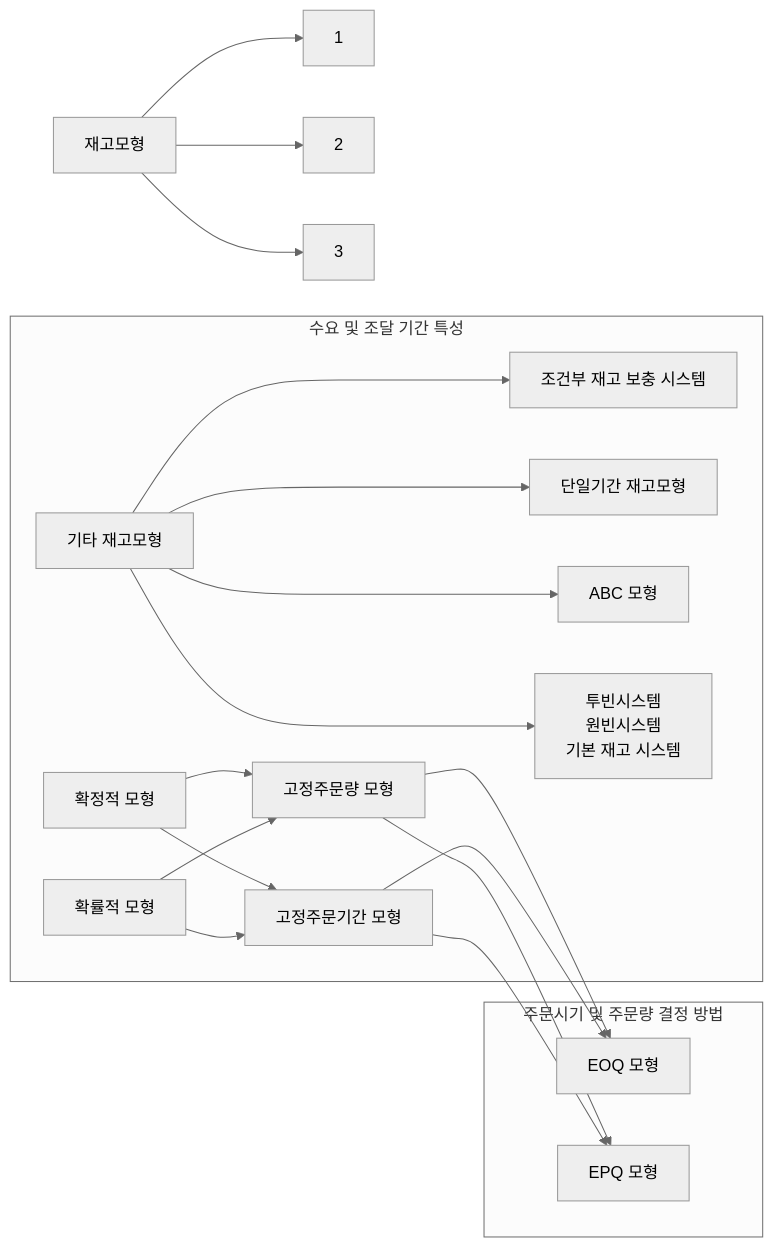
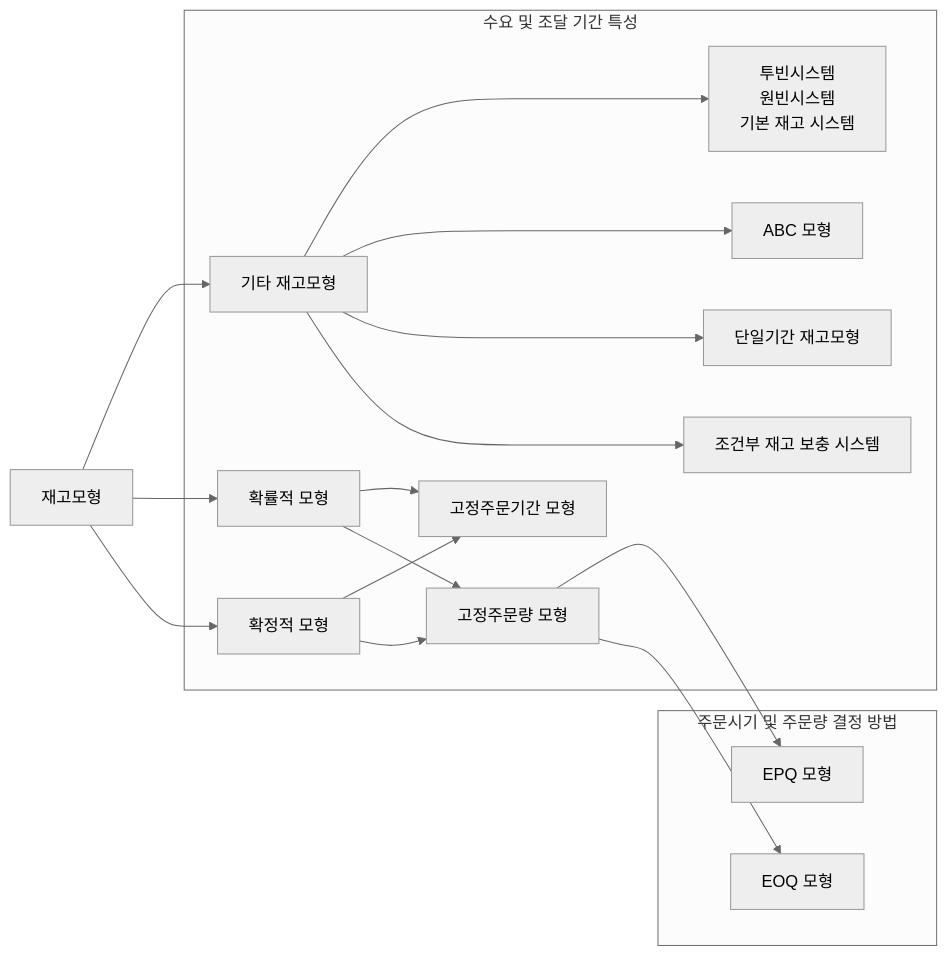
Before and after one commit to yeonkyupark/PEPC: the diagram in 2-4.물류관리(자재 및 재고관리).qmd, drawn with Mermaid (neutral theme). The commit also changed other lines of this file, not shown here.

````diff
--- a/2-4.물류관리(자재 및 재고관리).qmd
+++ b/2-4.물류관리(자재 및 재고관리).qmd
@@ -86,28 +86,28 @@
 ```{mermaid}
 flowchart LR
 
 0[재고모형]
 11[확정적 모형]
 12[확률적 모형]
 13[기타 재고모형]
 21[고정주문량 모형]
 22[고정주문기간 모형]
 23[조건부 재고 보충 시스템]
 24[단일기간 재고모형]
 25[ABC 모형]
 26["투빈시스템<br>원빈시스템<br>기본 재고 시스템"]
 31[EOQ 모형]
 32[EPQ 모형]
 
 subgraph s1[수요 및 조달 기간 특성]
 11 --> 21 & 22
 12 --> 21 & 22
 13 ---> 23 & 24 & 25 & 26
 end
 subgraph s2[주문시기 및 주문량 결정 방법]
 21 --> 31 & 32
-22 --> 31 & 32
+22 
 end
 
-0 --> 1 & 2 & 3
+0 --> 11 & 12 & 13
 ```
````
